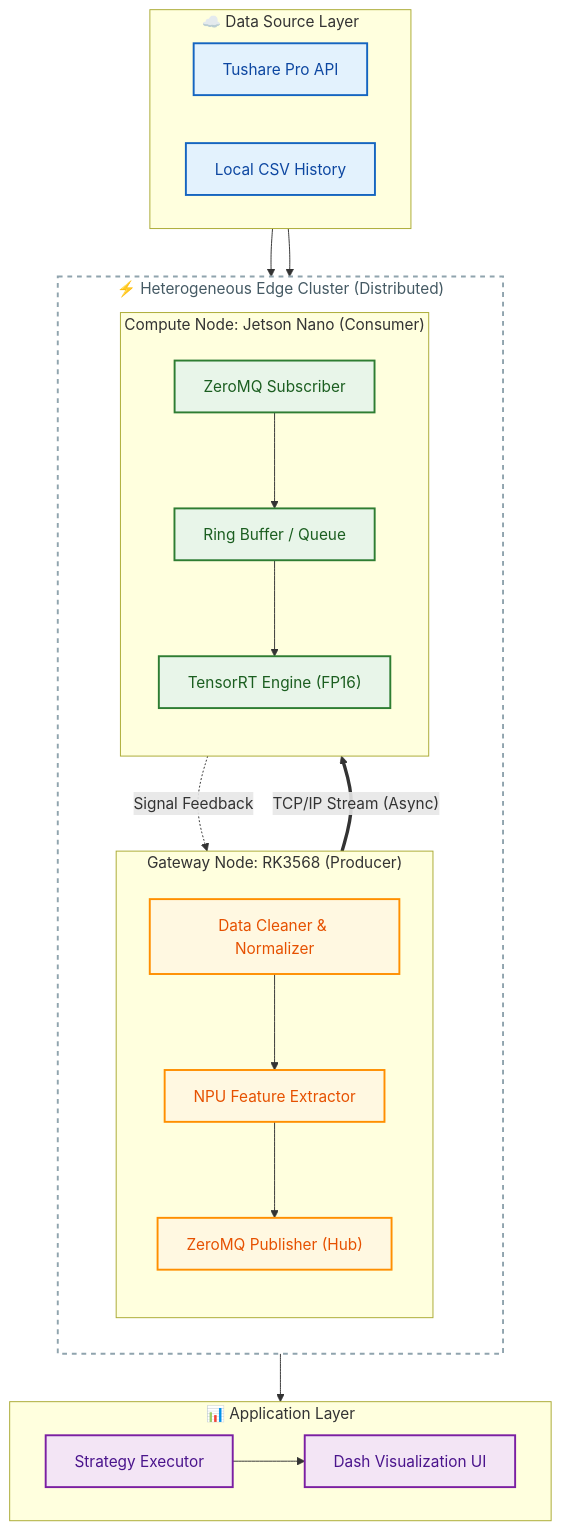
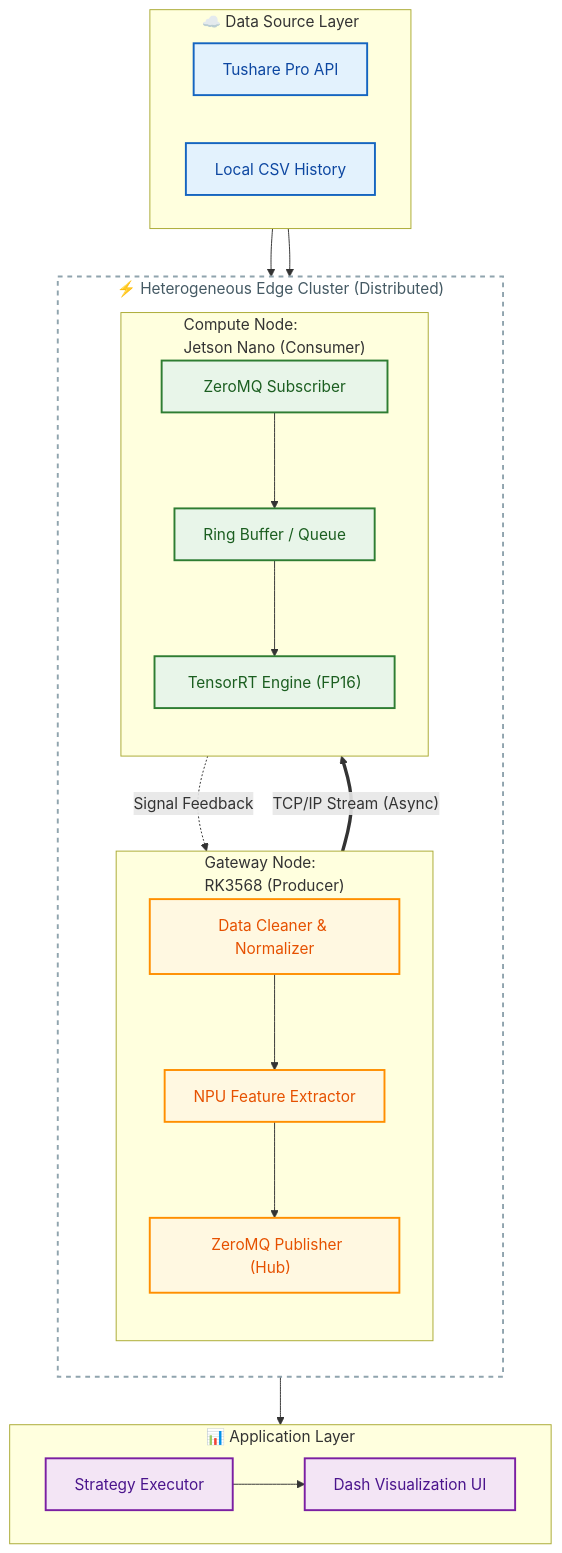
Before and after one commit to WNPPP0114/HEQIS: the diagram in README.md, drawn with Mermaid.

````diff
--- a/README.md
+++ b/README.md
@@ -12,7 +12,7 @@
     classDef compute fill:#E8F5E9,stroke:#2E7D32,stroke-width:2px,color:#1B5E20;
     classDef app fill:#F3E5F5,stroke:#7B1FA2,stroke-width:2px,color:#4A148C;
     
-    %% 样式：大虚线框
+    %% 虚线框样式
     classDef container fill:#FFFFFF,stroke:#90A4AE,stroke-width:2px,stroke-dasharray: 5 5,color:#455A64;
 
     %% =======================
@@ -30,20 +30,24 @@
     subgraph EdgeCluster ["⚡ Heterogeneous Edge Cluster (Distributed)"]
         direction TB
 
-        %% --- 网关节点 ---
-        subgraph RK3568 ["Gateway Node: RK3568 (Producer)"]
+        %% --- 网关节点 (RK3568) ---
+        %% 使用 <br/> 折行以减小宽度压力
+        subgraph RK3568 ["Gateway Node:<br/>RK3568 (Producer)"]
             direction TB
             Cleaner["Data Cleaner & Normalizer"]:::gateway
             RKNN["NPU Feature Extractor"]:::gateway
-            ZMQ_Pub["ZeroMQ Publisher (Hub)"]:::gateway
+            %% 增加空格以物理撑开宽度
+            ZMQ_Pub["&nbsp;&nbsp;ZeroMQ Publisher (Hub)&nbsp;&nbsp;"]:::gateway
         end
 
-        %% --- 计算节点 ---
-        subgraph Jetson ["Compute Node: Jetson Nano (Consumer)"]
+        %% --- 计算节点 (Jetson) ---
+        %% 使用 <br/> 折行防止标题过长被截断
+        subgraph Jetson ["Compute Node:<br/>Jetson Nano (Consumer)"]
             direction TB
-            ZMQ_Sub["ZeroMQ Subscriber"]:::compute
+            %% 增加 &nbsp; 确保节点比标题宽，彻底解决遮挡问题
+            ZMQ_Sub["&nbsp;&nbsp;&nbsp;ZeroMQ Subscriber&nbsp;&nbsp;&nbsp;"]:::compute
             Buffer["Ring Buffer / Queue"]:::compute
-            TRT["TensorRT Engine (FP16)"]:::compute
+            TRT["&nbsp;TensorRT Engine (FP16)&nbsp;"]:::compute
         end
     end
 
@@ -60,31 +64,29 @@
     %% 连线逻辑
     %% =======================
     
-    %% 1. 数据流入
+    %% 数据流向
     API --> Cleaner
     CSV --> Cleaner
     
-    %% 2. RK3568 内部处理
     Cleaner --> RKNN
     RKNN --> ZMQ_Pub
     
-    %% 3. 跨设备通信 (RK -> Jetson)
+    %% 跨节点通信 (加粗线条)
     ZMQ_Pub ==>|"TCP/IP Stream (Async)"| ZMQ_Sub
     
-    %% 4. Jetson 内部处理
+    %% Jetson 内部处理
     ZMQ_Sub --> Buffer
     Buffer --> TRT
     
-    %% 5. 反馈回路 (Jetson -> RK)
-    %% 使用 linkStyle 调整曲线弧度，使其从右侧回绕
+    %% 反馈回路 (使用右侧曲线连接，避免穿插)
     TRT -.->|"Signal Feedback"| ZMQ_Pub
     
-    %% 6. 输出到应用层
+    %% 输出到应用
     ZMQ_Pub --> Strategy
     Strategy --> Dash
 
     %% =======================
-    %% 容器样式应用
+    %% 容器样式
     %% =======================
     class EdgeCluster container
 ```
````
